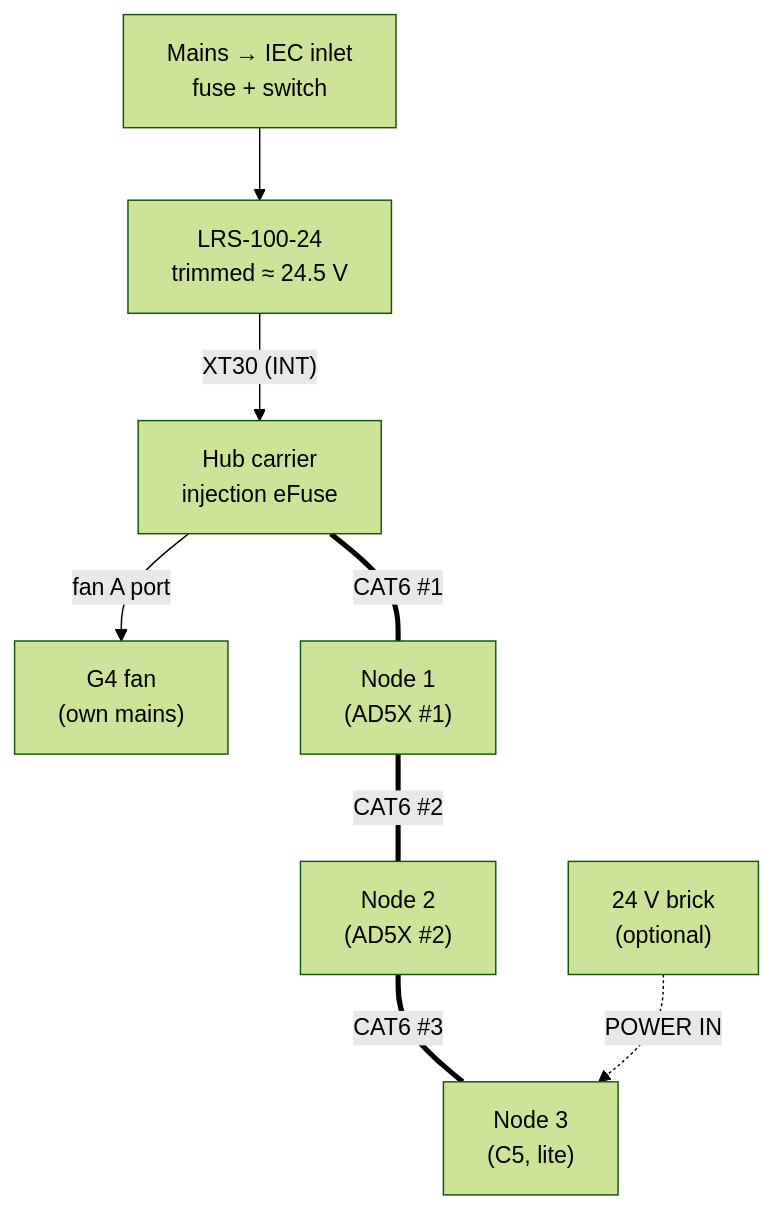
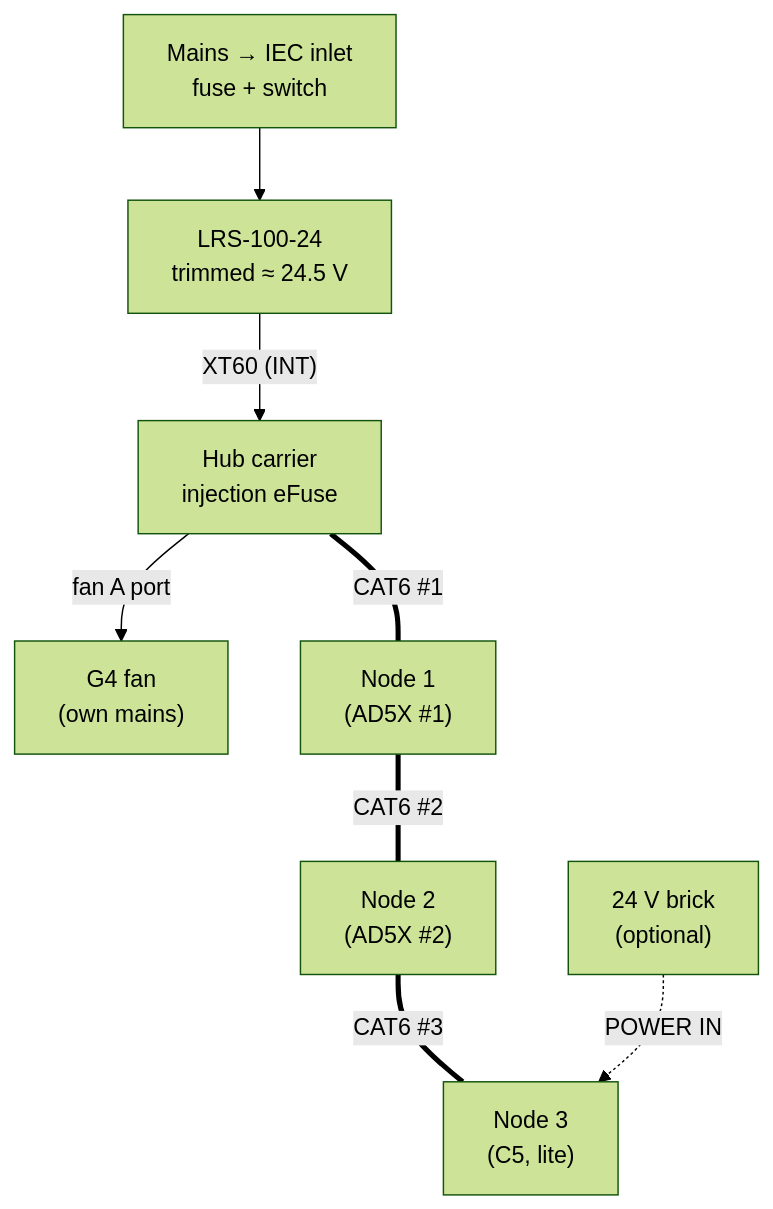
One commit to BashfulBits/3dp-fleet-exhaust changed the first of 3 diagrams in docs/04_wiring_and_pinouts.md. Above: the diagram before and after it, drawn with Mermaid (forest theme). The commit also changed other lines of this file and 9 other files, not shown here.

````diff
--- a/docs/04_wiring_and_pinouts.md
+++ b/docs/04_wiring_and_pinouts.md
@@ -9,10 +9,10 @@
 ```mermaid
 flowchart TB
   IEC["Mains → IEC inlet<br>fuse + switch"] --> PSU["LRS-100-24<br>trimmed ≈ 24.5 V"]
-  PSU -->|"XT30 (INT)"| HC["Hub carrier<br>injection eFuse"]
+  PSU -->|"XT60 (INT)"| HC["Hub carrier<br>injection eFuse"]
   HC -->|"fan A port"| FAN["G4 fan<br>(own mains)"]
   HC ===|"CAT6 #1"| N1["Node 1<br>(AD5X #1)"]
   N1 ===|"CAT6 #2"| N2["Node 2<br>(AD5X #2)"]
   N2 ===|"CAT6 #3"| N3["Node 3<br>(C5, lite)"]
   BR["24 V brick<br>(optional)"] -.->|"POWER IN"| N3
 ```
````
